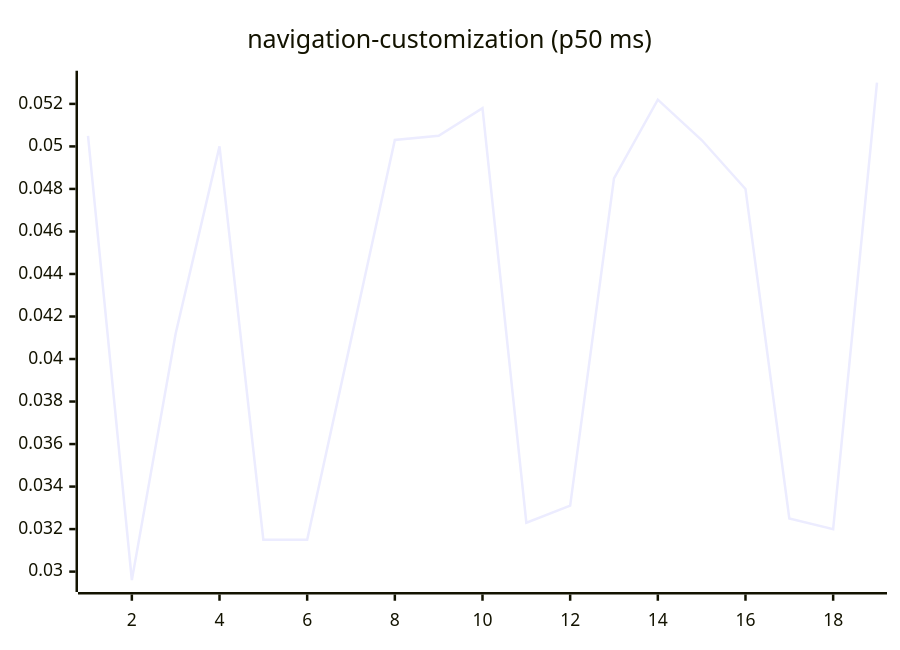
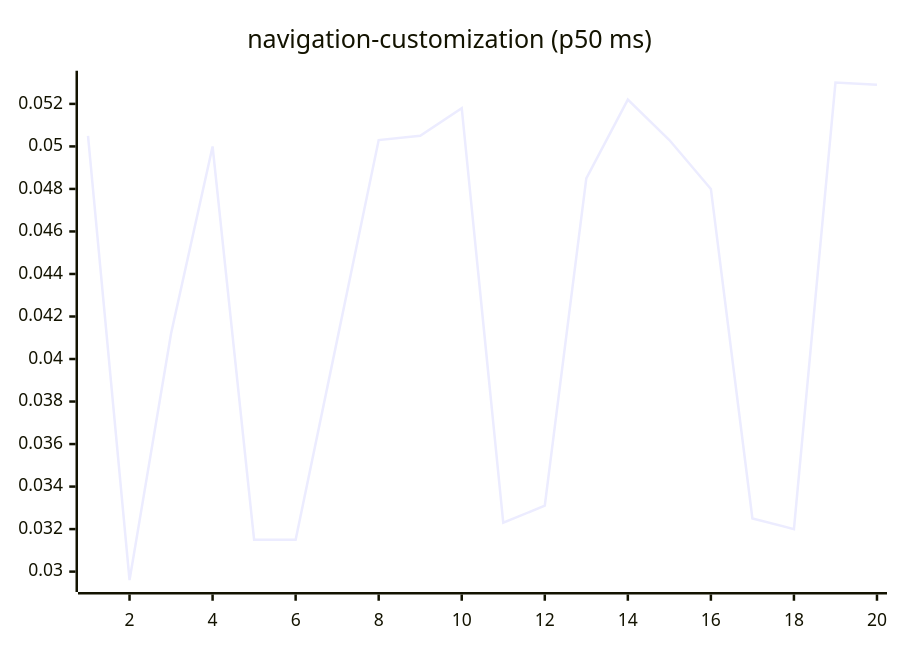
One commit to josha/Facet changed diagram 15 of 27 in README.md. Above: the diagram before and after it, drawn with Mermaid. The commit also changed other lines of this file and 2 other files, not shown here.

````diff
--- a/README.md
+++ b/README.md
@@ -161,6 +161,6 @@
 ```mermaid
 xychart-beta
     title "navigation-customization (p50 ms)"
-    x-axis 1 --> 19
-    line [0.0505, 0.0296, 0.0412, 0.0500, 0.0315, 0.0315, 0.0409, 0.0503, 0.0505, 0.0518, 0.0323, 0.0331, 0.0485, 0.0522, 0.0503, 0.0480, 0.0325, 0.0320, 0.0530]
+    x-axis 1 --> 20
+    line [0.0505, 0.0296, 0.0412, 0.0500, 0.0315, 0.0315, 0.0409, 0.0503, 0.0505, 0.0518, 0.0323, 0.0331, 0.0485, 0.0522, 0.0503, 0.0480, 0.0325, 0.0320, 0.0530, 0.0529]
 ```
````
